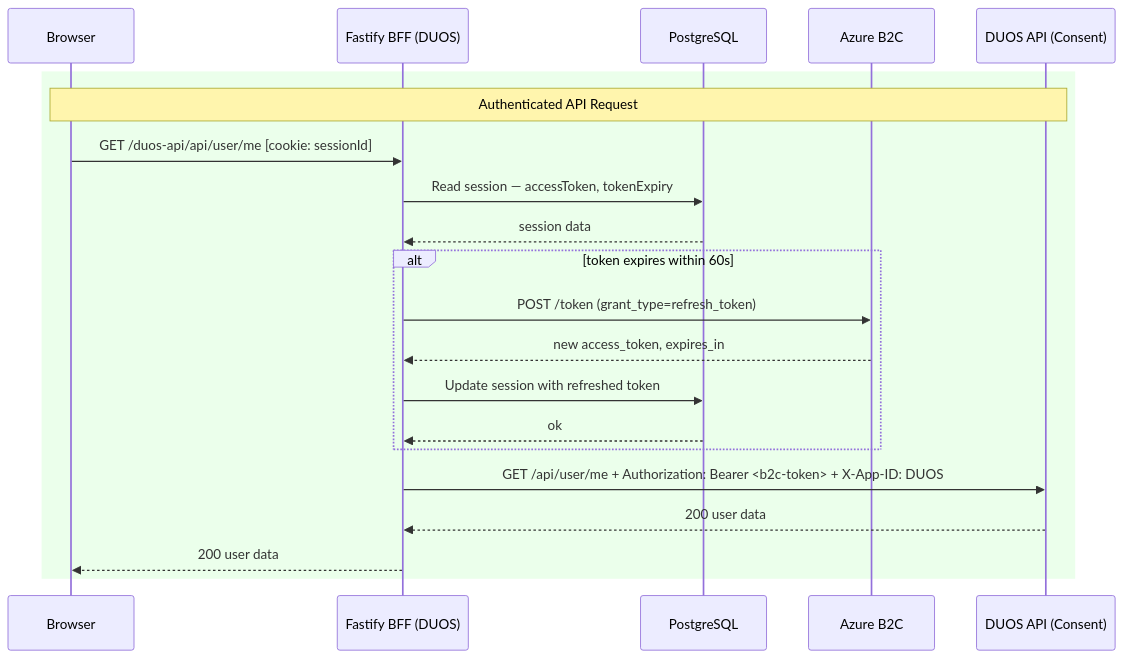
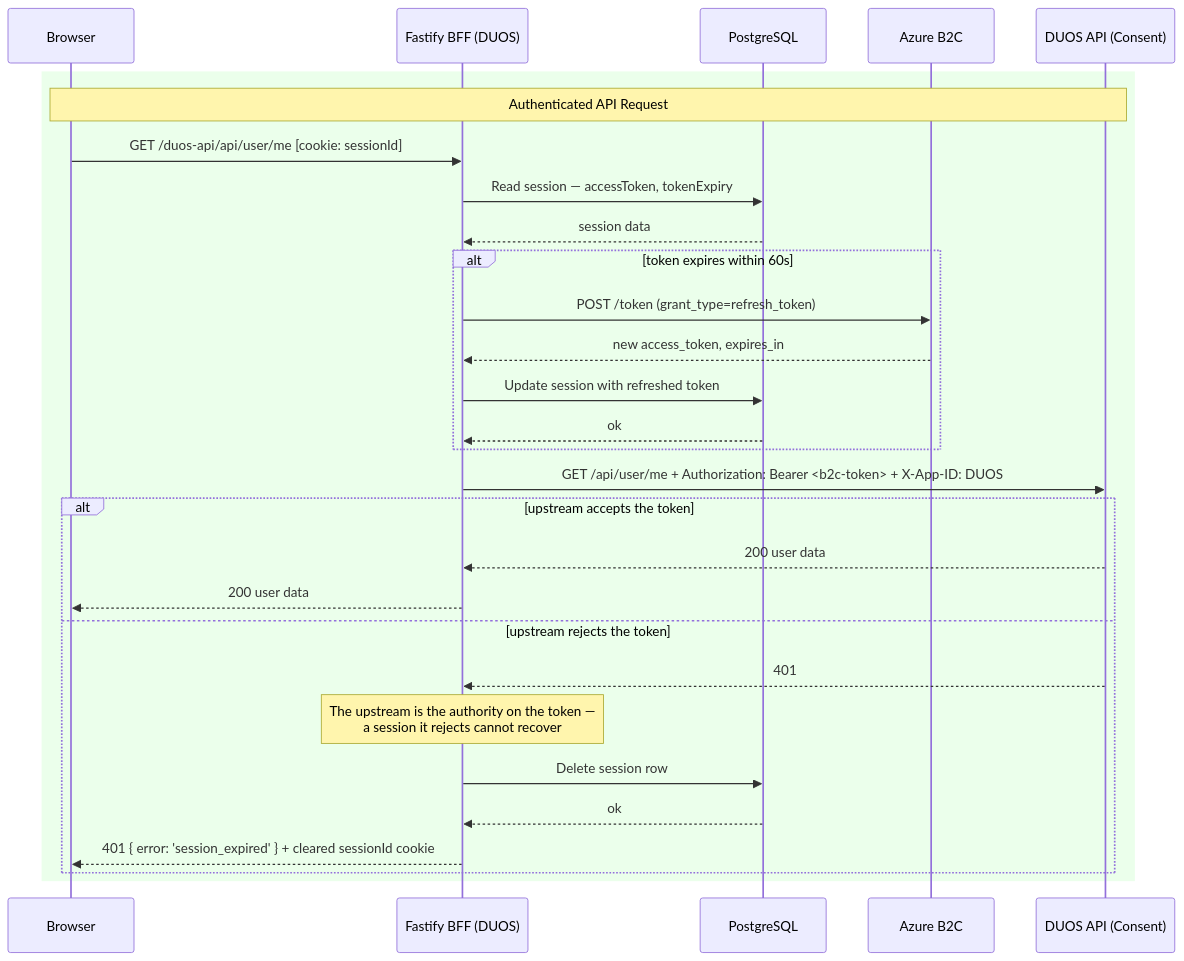
The second of 3 diagrams in docs/plans/BFF_Overview.md (DataBiosphere/duos-ui), drawn with Mermaid before and after one commit. The commit also changed 2 other files, not shown here.

Commit message:
[DT-3608] BFF Phase 3: destroy the session on an upstream 401 (story 3-E)

````diff
--- a/docs/plans/BFF_Overview.md
+++ b/docs/plans/BFF_Overview.md
@@ -272,27 +272,36 @@
 ```mermaid
 sequenceDiagram
     participant B   as Browser
     participant BFF as Fastify BFF (DUOS)
     participant PG  as PostgreSQL
     participant B2C as Azure B2C
     participant API as DUOS API (Consent)
 
     rect rgb(235, 255, 235)
         Note over B,API: Authenticated API Request
 
         B->>BFF: GET /duos-api/api/user/me [cookie: sessionId]
         BFF->>PG: Read session — accessToken, tokenExpiry
         PG-->>BFF: session data
 
         alt token expires within 60s
             BFF->>B2C: POST /token (grant_type=refresh_token)
             B2C-->>BFF: new access_token, expires_in
             BFF->>PG: Update session with refreshed token
             PG-->>BFF: ok
         end
 
         BFF->>API: GET /api/user/me + Authorization: Bearer <b2c-token> + X-App-ID: DUOS
-        API-->>BFF: 200 user data
-        BFF-->>B: 200 user data
+
+        alt upstream accepts the token
+            API-->>BFF: 200 user data
+            BFF-->>B: 200 user data
+        else upstream rejects the token
+            API-->>BFF: 401
+            Note over BFF: The upstream is the authority on the token —<br/>a session it rejects cannot recover
+            BFF->>PG: Delete session row
+            PG-->>BFF: ok
+            BFF-->>B: 401 { error: 'session_expired' } + cleared sessionId cookie
+        end
     end
 ```
````
